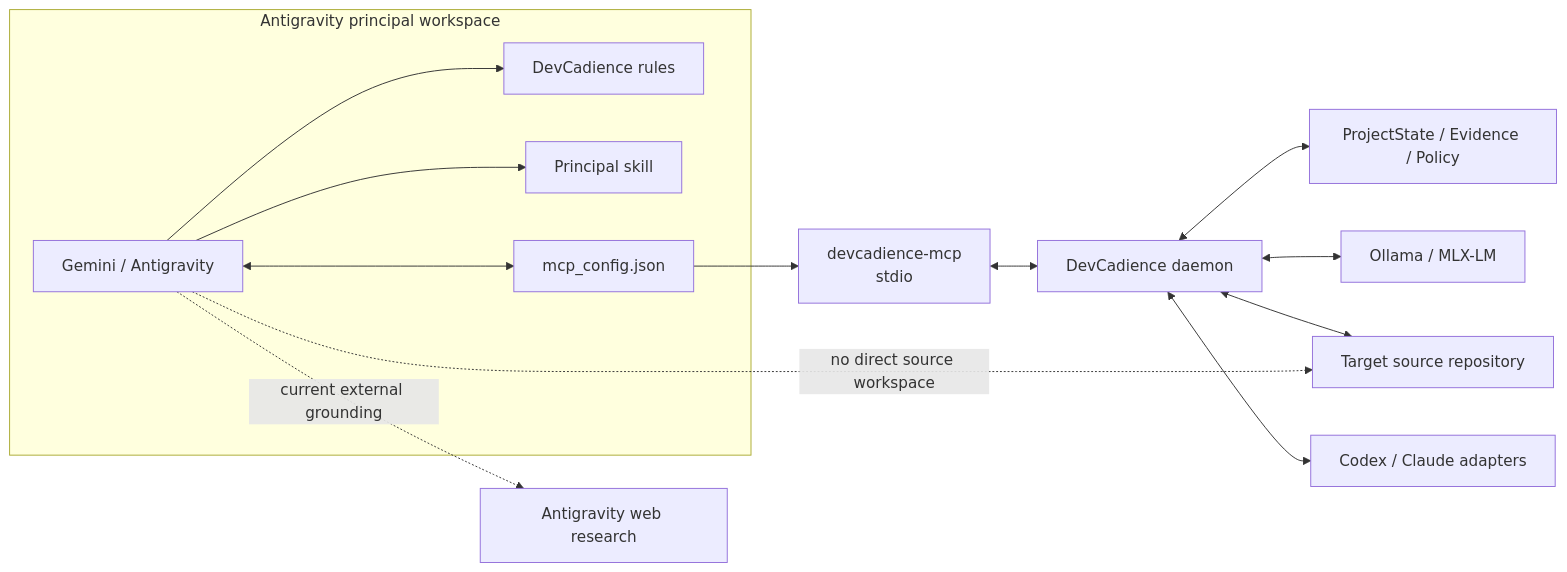
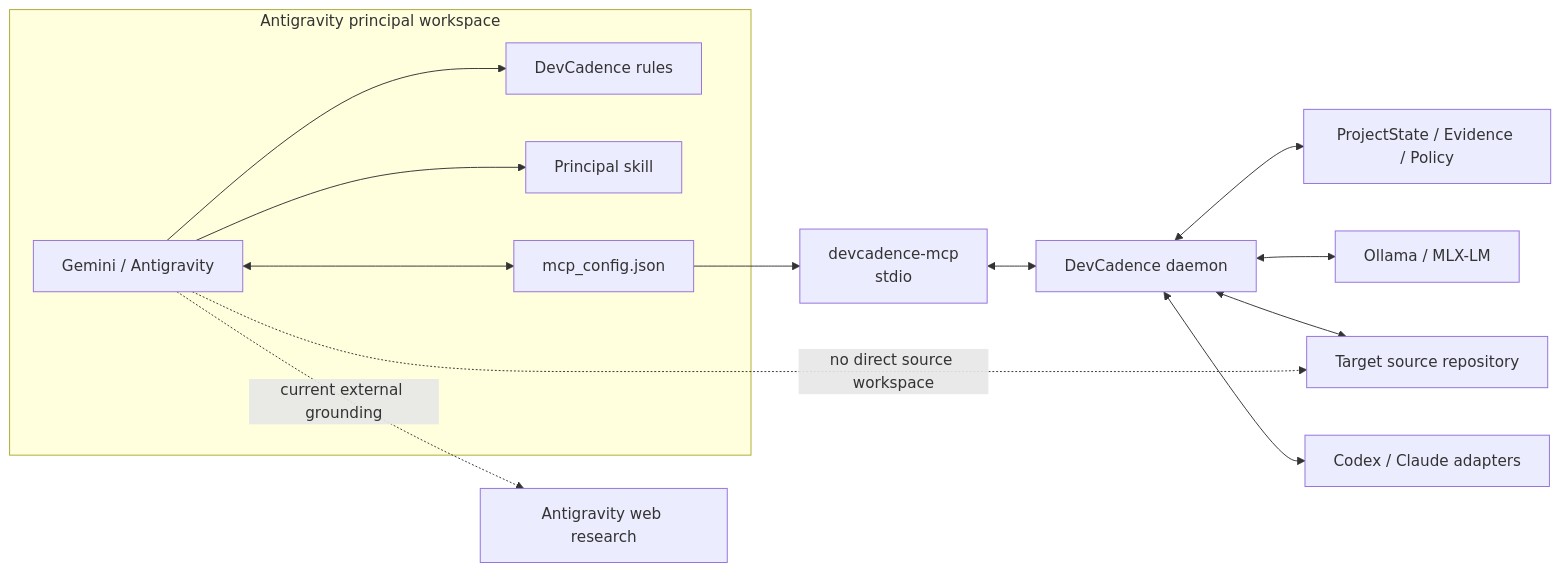
Before and after one commit to olostan/DevCadence: the first of 4 diagrams in docs/ANTIGRAVITY_INTEGRATION.md, drawn with Mermaid. The commit also changed other lines of this file and 207 other files, not shown here.

Commit message:
refactor: rename DevCadience to DevCadence

````diff
--- a/docs/ANTIGRAVITY_INTEGRATION.md
+++ b/docs/ANTIGRAVITY_INTEGRATION.md
@@ -37,30 +37,30 @@
 ```mermaid
 flowchart LR
     subgraph PrincipalWorkspace["Antigravity principal workspace"]
         AG["Gemini / Antigravity"]
-        Rules["DevCadience rules"]
+        Rules["DevCadence rules"]
         Skill["Principal skill"]
         MCPConfig["mcp_config.json"]
     end
 
-    MCP["devcadience-mcp<br/>stdio"]
-    Daemon["DevCadience daemon"]
+    MCP["devcadence-mcp<br/>stdio"]
+    Daemon["DevCadence daemon"]
     State["ProjectState / Evidence / Policy"]
     Local["Ollama / MLX-LM"]
     Repo["Target source repository"]
     Consultants["Codex / Claude adapters"]
     Web["Antigravity web research"]
 
     AG --> Rules
     AG --> Skill
     AG <--> MCPConfig
     MCPConfig --> MCP
     MCP <--> Daemon
     Daemon <--> State
     Daemon <--> Local
     Daemon <--> Repo
     Daemon <--> Consultants
     AG -. current external grounding .-> Web
 
     AG -. no direct source workspace .-> Repo
 ```
````
